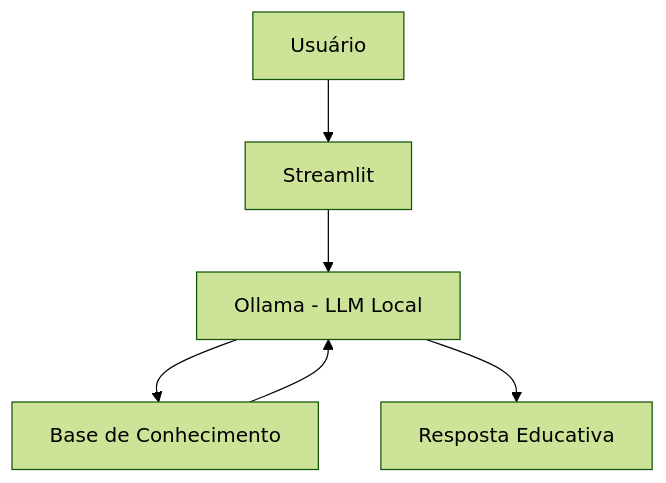
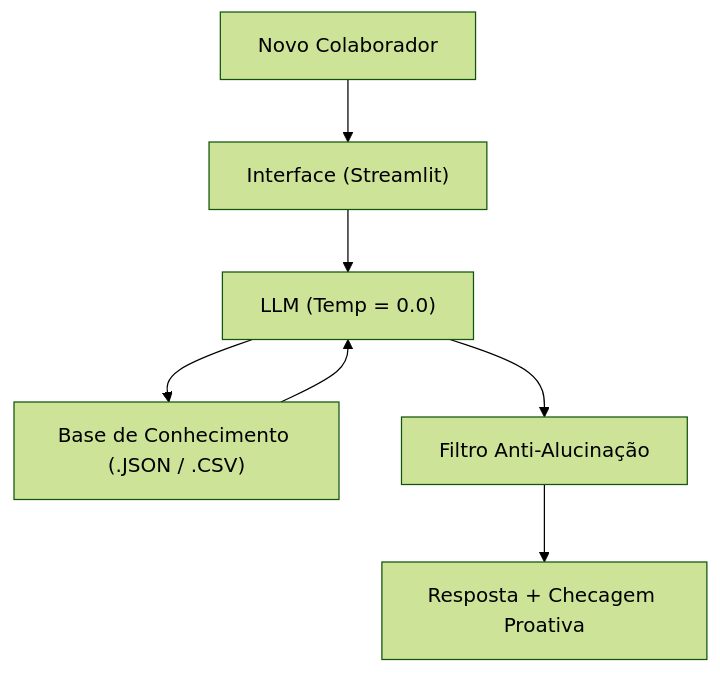
One commit to eng-alexandrefranca/dio-lab-bia-do-futuro changed the diagram in README.md. Above: the diagram before and after it, drawn with Mermaid (forest theme). The commit also changed other lines of this file, not shown here.

````diff
--- a/README.md
+++ b/README.md
@@ -22,8 +24,10 @@
 ```mermaid
 flowchart TD
-    A[Usuário] --> B[Streamlit]
-    B --> C[Ollama - LLM Local]
-    C --> D[Base de Conhecimento]
+    A[Novo Colaborador] --> B["Interface (Streamlit)"]
+    B --> C["LLM (Temp = 0.0)"]
+    C --> D["Base de Conhecimento (.JSON / .CSV)"]
     D --> C
-    C --> E[Resposta Educativa]
+    C --> E["Filtro Anti-Alucinação"]
+    E --> F["Resposta + Checagem Proativa"]
+
 ```
````
